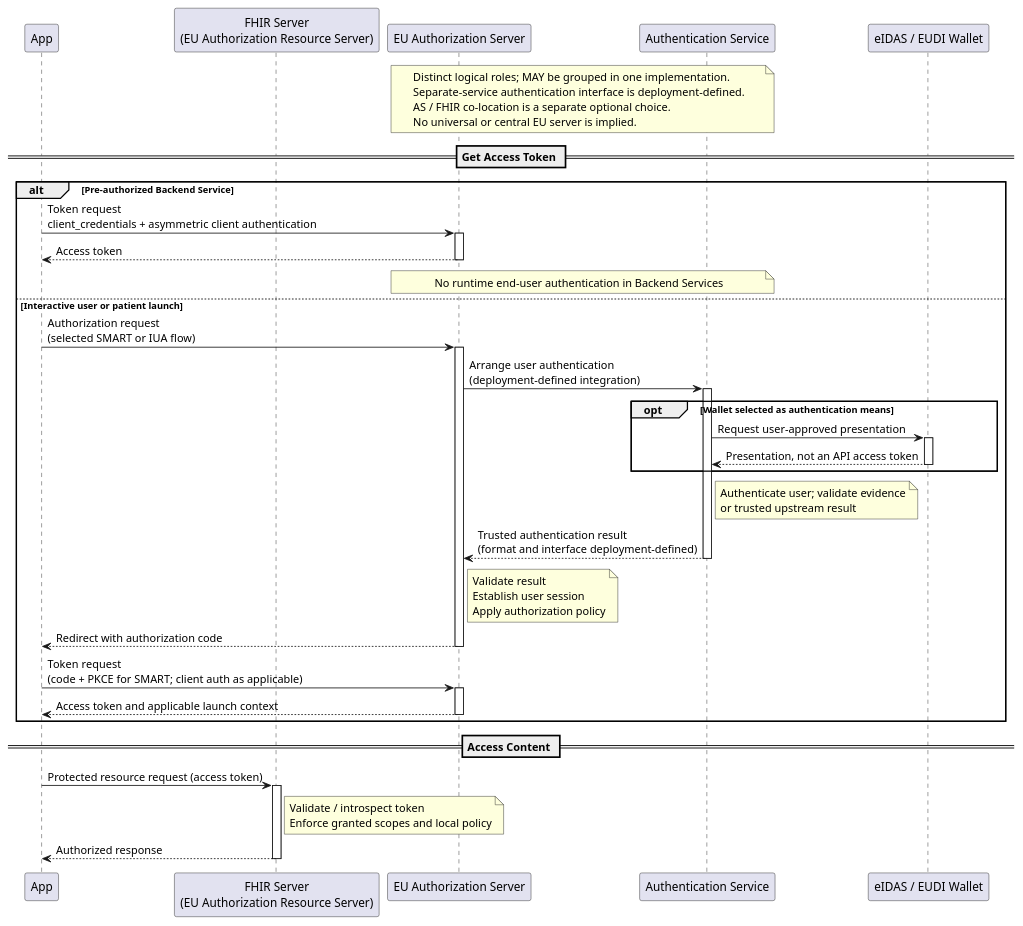
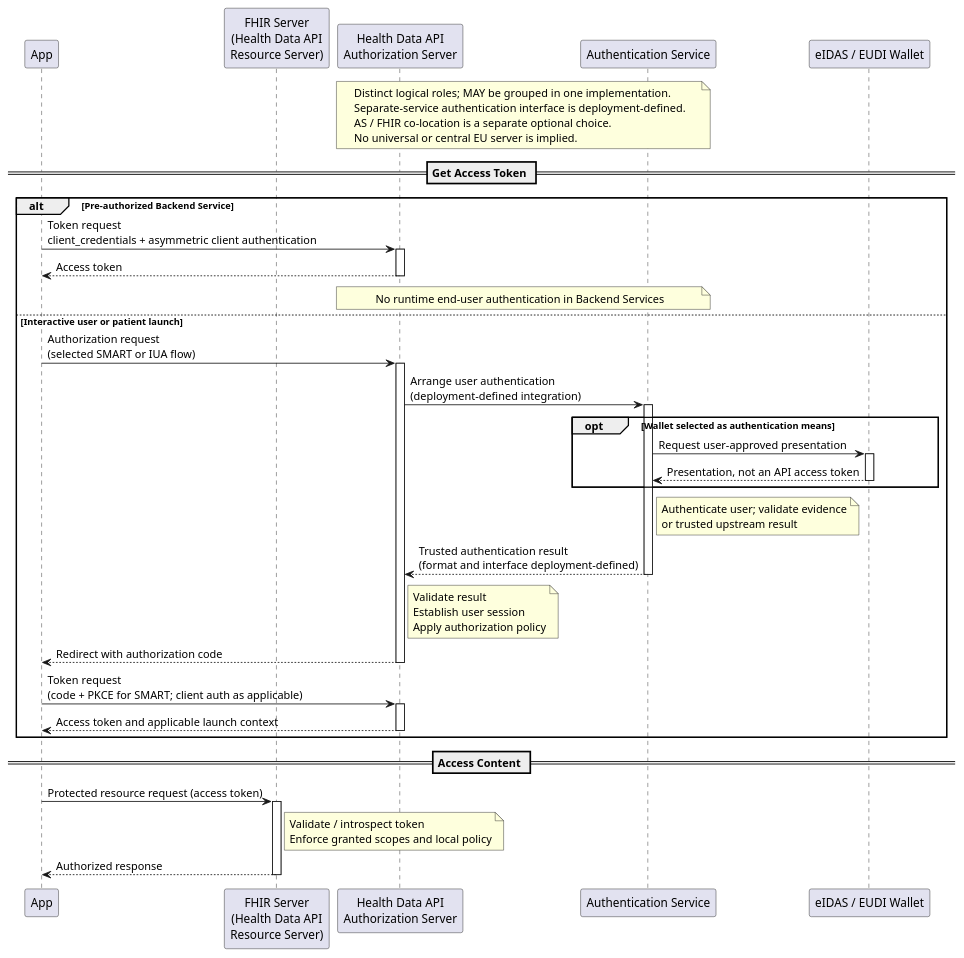
The diagram in input/images-source/authorization-eidas-sequence.plantuml (euridice-org/eu-health-data-api), drawn with PlantUML before and after one commit. The commit also changed 18 other files, not shown here.

First line of the commit message:
Clarify Health Data API authorization actor names

```diff
--- a/input/images-source/authorization-eidas-sequence.plantuml
+++ b/input/images-source/authorization-eidas-sequence.plantuml
@@ -1,48 +1,48 @@
 @startuml authorization-eidas-sequence
 skinparam svgDimensionStyle false
 
 participant App
-participant "FHIR Server\n(EU Authorization Resource Server)" as FHIR
-participant "EU Authorization Server" as AS
+participant "FHIR Server\n(Health Data API\nResource Server)" as FHIR
+participant "Health Data API\nAuthorization Server" as AS
 participant "Authentication Service" as AuthN
 participant "eIDAS / EUDI Wallet" as eIDAS
 
 note over AS, AuthN
     Distinct logical roles; MAY be grouped in one implementation.
     Separate-service authentication interface is deployment-defined.
     AS / FHIR co-location is a separate optional choice.
     No universal or central EU server is implied.
 end note
 
 == Get Access Token ==
 
 alt Pre-authorized Backend Service
     App -> AS++: Token request\nclient_credentials + asymmetric client authentication
     App <-- AS--: Access token
     note over AS, AuthN: No runtime end-user authentication in Backend Services
 else Interactive user or patient launch
     App -> AS++: Authorization request\n(selected SMART or IUA flow)
     AS -> AuthN++: Arrange user authentication\n(deployment-defined integration)
     opt Wallet selected as authentication means
         AuthN -> eIDAS++: Request user-approved presentation
         AuthN <-- eIDAS--: Presentation, not an API access token
     end
     note right of AuthN: Authenticate user; validate evidence\nor trusted upstream result
     AS <-- AuthN--: Trusted authentication result\n(format and interface deployment-defined)
     note right of AS
         Validate result
         Establish user session
         Apply authorization policy
     end note
     App <-- AS--: Redirect with authorization code
     App -> AS++: Token request\n(code + PKCE for SMART; client auth as applicable)
     App <-- AS--: Access token and applicable launch context
 end
 
 == Access Content ==
 
 App -> FHIR++: Protected resource request (access token)
 note right of FHIR: Validate / introspect token\nEnforce granted scopes and local policy
 App <-- FHIR--: Authorized response
 
 @enduml
```
